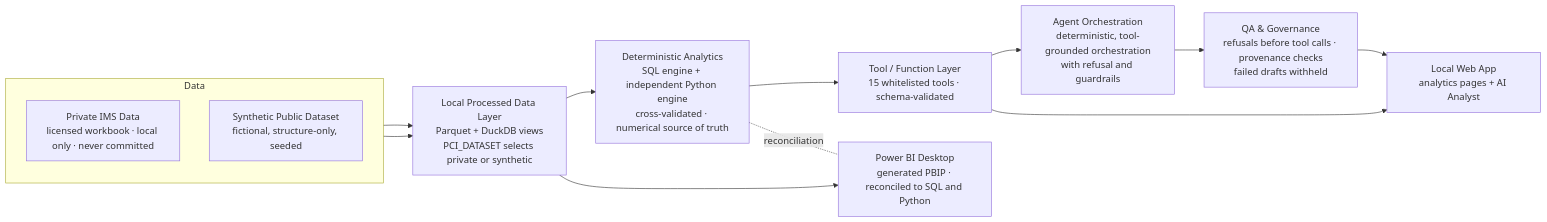
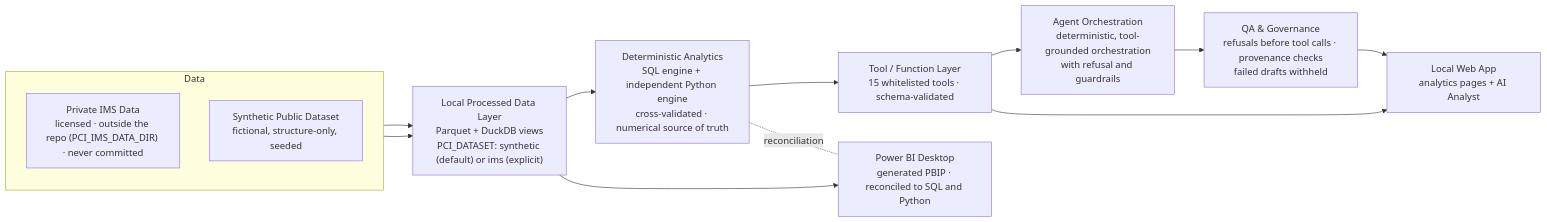
The diagram in README.md (SiDjr18/pharma-commercial-intelligence), drawn with Mermaid before and after one commit. The commit also changed other lines of this file and 56 other files, not shown here.

Commit message:
security: isolate IMS data and harden public release

````diff
--- a/README.md
+++ b/README.md
@@ -25,27 +25,27 @@
 ```mermaid
 flowchart LR
     subgraph DATA["Data"]
         direction TB
-        PRIV["Private IMS Data<br/>licensed workbook · local only · never committed"]
+        PRIV["Private IMS Data<br/>licensed · outside the repo (PCI_IMS_DATA_DIR) · never committed"]
         SYN["Synthetic Public Dataset<br/>fictional, structure-only, seeded"]
     end
 
-    LAYER["Local Processed Data Layer<br/>Parquet + DuckDB views<br/>PCI_DATASET selects private or synthetic"]
+    LAYER["Local Processed Data Layer<br/>Parquet + DuckDB views<br/>PCI_DATASET: synthetic (default) or ims (explicit)"]
     ANALYTICS["Deterministic Analytics<br/>SQL engine + independent Python engine<br/>cross-validated · numerical source of truth"]
     TOOLS["Tool / Function Layer<br/>15 whitelisted tools · schema-validated"]
     AGENTS["Agent Orchestration<br/>deterministic, tool-grounded orchestration<br/>with refusal and guardrails"]
     QA["QA & Governance<br/>refusals before tool calls · provenance checks<br/>failed drafts withheld"]
     WEB["Local Web App<br/>analytics pages + AI Analyst"]
     PBI["Power BI Desktop<br/>generated PBIP · reconciled to SQL and Python"]
 
     PRIV --> LAYER
     SYN --> LAYER
     LAYER --> ANALYTICS
     ANALYTICS --> TOOLS
     TOOLS --> AGENTS
     AGENTS --> QA
     QA --> WEB
     TOOLS --> WEB
     LAYER --> PBI
     ANALYTICS -. "reconciliation" .- PBI
 ```
````
